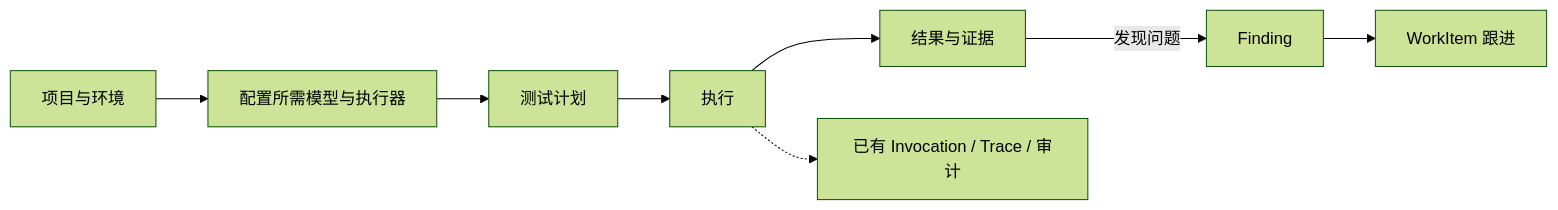
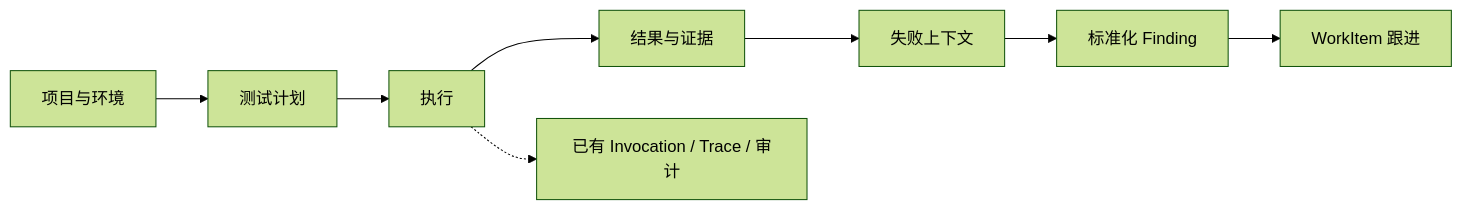
The second of 2 diagrams in README.md (TRUTHWARD/TRUTHWARD), drawn with Mermaid (forest theme) before and after one commit. The commit also changed other lines of this file and 8 other files, not shown here.

````diff
--- a/README.md
+++ b/README.md
@@ -258,7 +277,7 @@
 ```mermaid
 flowchart LR
-    P[项目与环境] --> C[配置所需模型与执行器]
-    C --> T[测试计划] --> E[执行] --> R[结果与证据]
-    R -->|发现问题| F[Finding] --> W[WorkItem 跟进]
+    P[项目与环境] --> T[测试计划]
+    T --> E[执行] --> R[结果与证据]
+    R --> C[失败上下文] --> F[标准化 Finding] --> W[WorkItem 跟进]
     E -.-> O[已有 Invocation / Trace / 审计]
 ```
````
